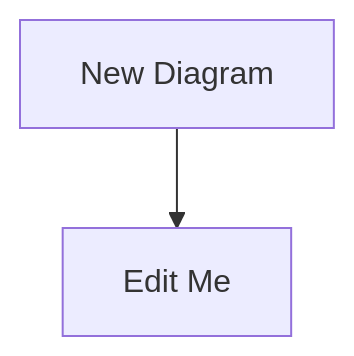
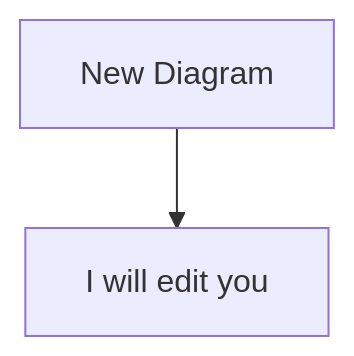
Before and after one commit to Skreen5hot/Ontology-of-Freedom: the diagram in mermaid/This is a test.mmd, drawn with Mermaid.

Commit message:
Update This is a test.mmd

```diff
--- a/mermaid/This is a test.mmd
+++ b/mermaid/This is a test.mmd
@@ -1,2 +1,2 @@
 graph TD
-    A[New Diagram] --> B[Edit Me];
+    A[New Diagram] --> B[I will edit you];
```
